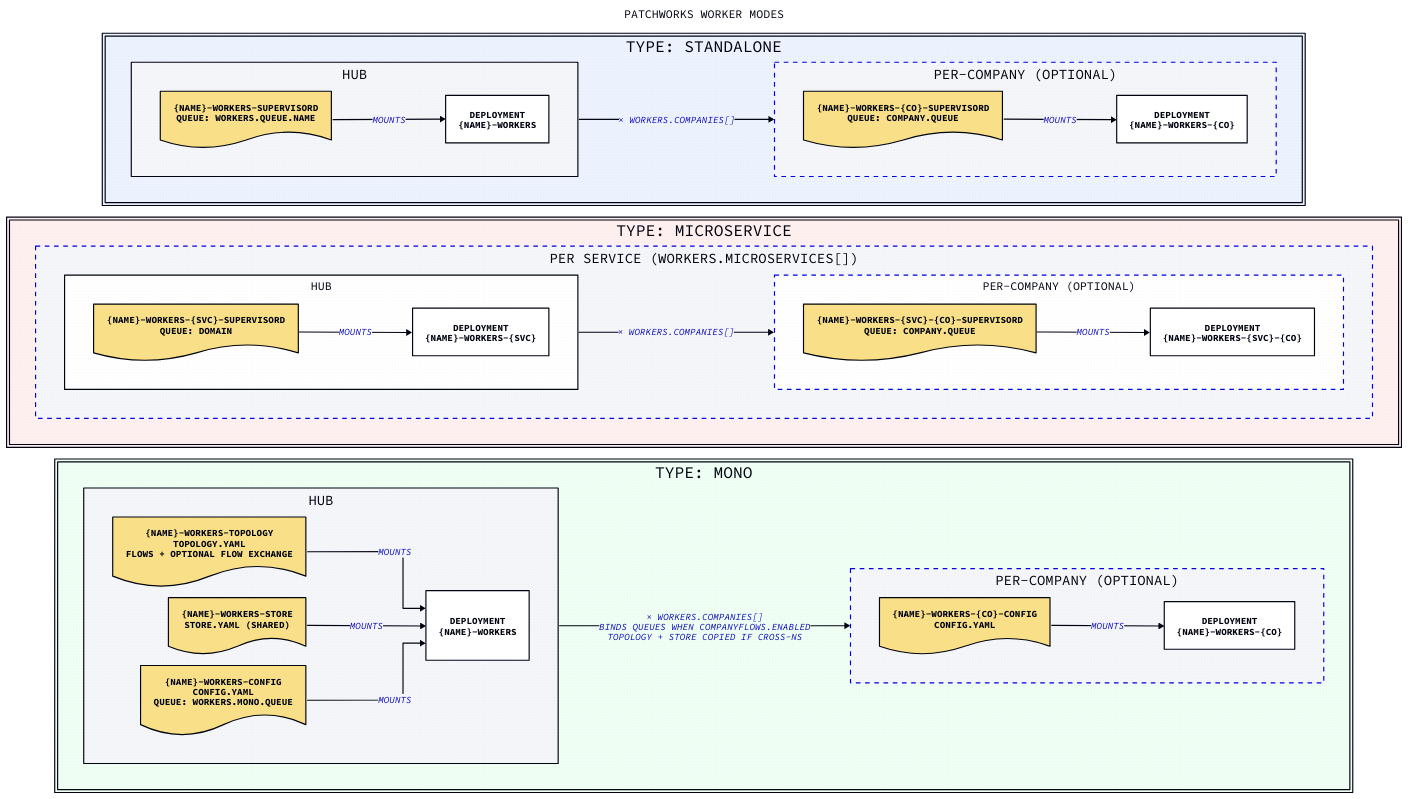
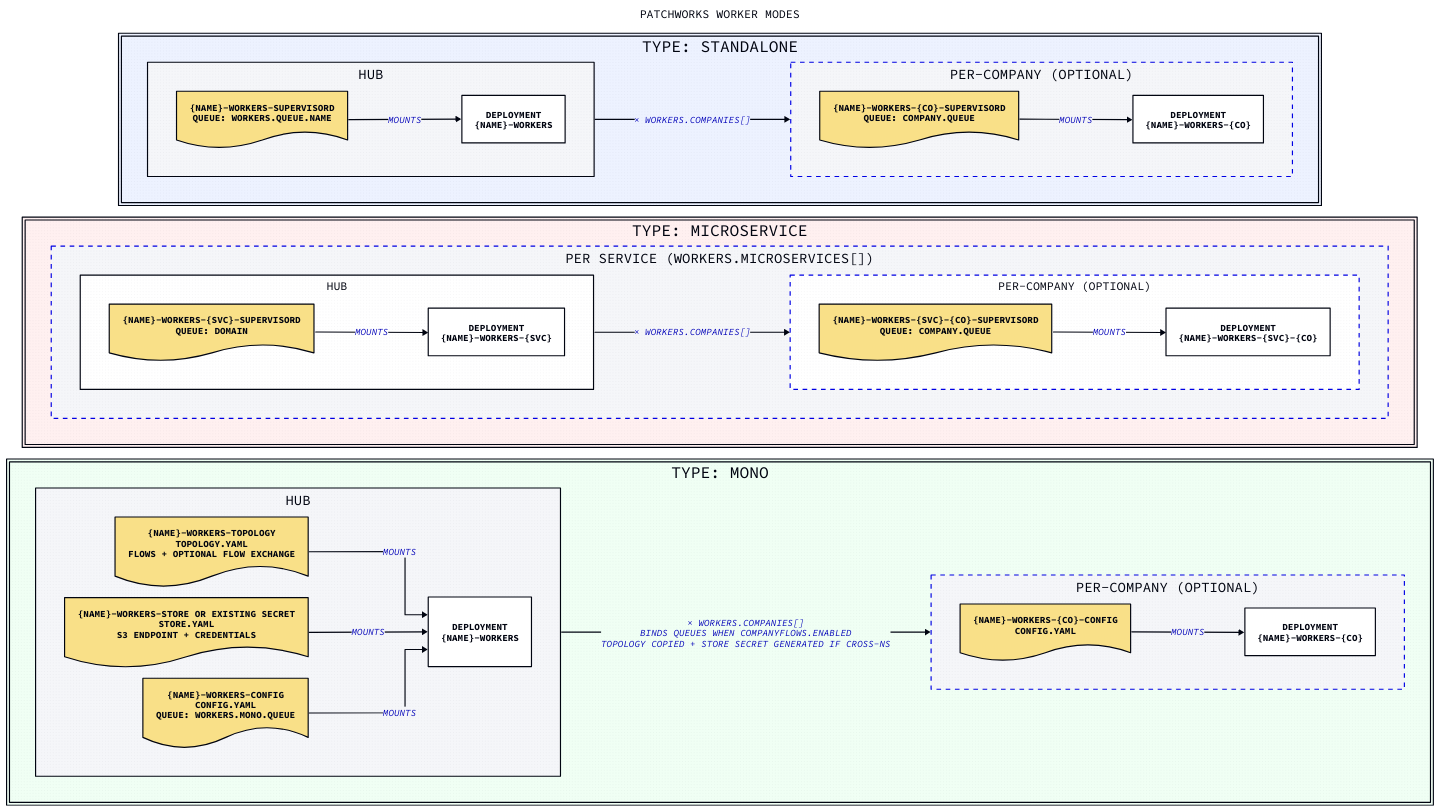
One commit to gopatchworks/selfhosted changed the diagram in docs/workers-diagram.d2. Above: the diagram before and after it, drawn with D2. The commit also changed 8 other files, not shown here.

```diff
--- a/docs/workers-diagram.d2
+++ b/docs/workers-diagram.d2
@@ -1,108 +1,108 @@
 vars: {
   d2-config: {
     layout-engine: elk
     # Terminal theme code
     theme-id: 300
   }
 }
 
 direction: right
 
 title: Patchworks Worker Modes {
   shape: text
   near: top-center
   style.font-size: 20
 }
 
 # ── type: standalone ────────────────────────────────────────────────────────
 
 standalone: "type: standalone" {
   style.fill: "#EDF2FF"
   direction: down
 
   desc: "One queue worker via supervisord.\nConcurrency controlled by workers.processes (numprocs)." {
     shape: text
   }
 
   hub: Hub {
     direction: right
     cm: "{name}-workers-supervisord\nqueue: workers.queue.name" { shape: document }
     dep: "Deployment\n{name}-workers" { shape: rectangle }
     cm -> dep: mounts
   }
 
   company: "Per-Company (optional)" {
     style.stroke-dash: 4
     direction: right
     cm: "{name}-workers-{co}-supervisord\nqueue: company.queue" { shape: document }
     dep: "Deployment\n{name}-workers-{co}" { shape: rectangle }
     cm -> dep: mounts
   }
 
   hub -> company: "× workers.companies[]"
 }
 
 # ── type: microservice ───────────────────────────────────────────────────────
 
 microservice: "type: microservice" {
   style.fill: "#FFF0F0"
   direction: down
 
   desc: "One worker per service key in workers.microservices.\n_default provides fallbacks for all fields." {
     shape: text
   }
 
   service: "Per Service (workers.microservices[])" {
     style.stroke-dash: 4
     direction: down
 
     hub: Hub {
       direction: right
       cm: "{name}-workers-{svc}-supervisord\nqueue: domain" { shape: document }
       dep: "Deployment\n{name}-workers-{svc}" { shape: rectangle }
       cm -> dep: mounts
     }
 
     company: "Per-Company (optional)" {
       style.stroke-dash: 4
       direction: right
       cm: "{name}-workers-{svc}-{co}-supervisord\nqueue: company.queue" { shape: document }
       dep: "Deployment\n{name}-workers-{svc}-{co}" { shape: rectangle }
       cm -> dep: mounts
     }
 
     hub -> company: "× workers.companies[]"
   }
 }
 
 # ── type: mono ───────────────────────────────────────────────────────────────
 
 mono: "type: mono" {
   style.fill: "#F0FFF4"
   direction: down
 
   desc: "Monocore Go worker. RabbitMQ topology asserted at startup via topology.yaml." {
     shape: text
   }
 
   hub: Hub {
     direction: right
     topology: "{name}-workers-topology\ntopology.yaml\nflows + optional flow exchange" { shape: document }
-    store:    "{name}-workers-store\nstore.yaml (shared)"       { shape: document }
+    store:    "{name}-workers-store or existing Secret\nstore.yaml\nS3 endpoint + credentials" { shape: document }
     config:   "{name}-workers-config\nconfig.yaml\nqueue: workers.mono.queue" { shape: document }
     dep:      "Deployment\n{name}-workers"                      { shape: rectangle }
     topology -> dep: mounts
     store    -> dep: mounts
     config   -> dep: mounts
   }
 
   company: "Per-Company (optional)" {
     style.stroke-dash: 4
     direction: right
     config: "{name}-workers-{co}-config\nconfig.yaml"           { shape: document }
     dep:    "Deployment\n{name}-workers-{co}"                   { shape: rectangle }
     config -> dep: mounts
   }
 
-  hub -> company: "× workers.companies[]\nbinds queues when companyFlows.enabled\ntopology + store copied if cross-ns"
+  hub -> company: "× workers.companies[]\nbinds queues when companyFlows.enabled\ntopology copied + store Secret generated if cross-ns"
 }
```
